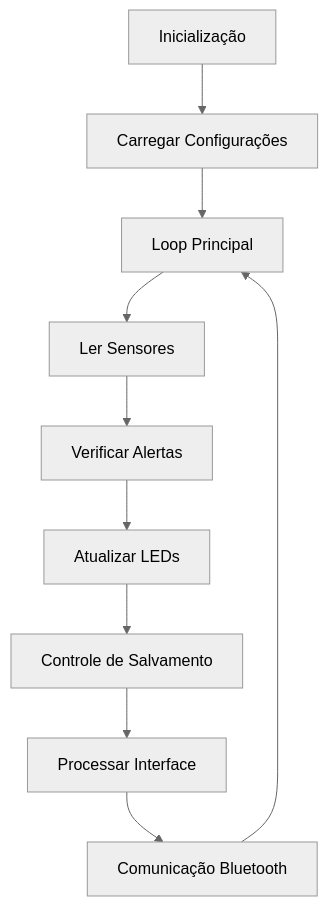
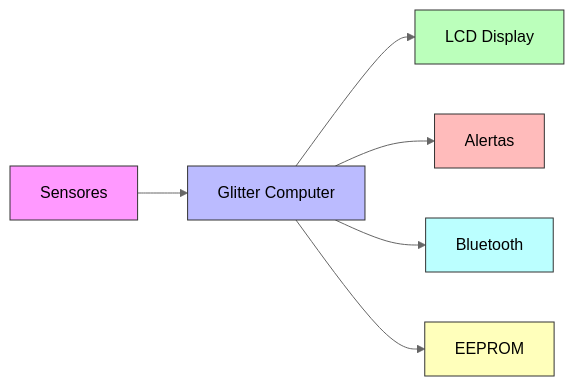
One commit to Joyce-Peres/DataLogger-GlitterComputer changed the first of 3 diagrams in README.md. Above: the diagram before and after it, drawn with Mermaid (neutral theme). The commit also changed other lines of this file, not shown here.

````diff
--- a/README.md
+++ b/README.md
@@ -138,12 +36,15 @@
 ```mermaid
-graph TD
-    A[Inicialização] --> B[Carregar Configurações]
-    B --> C[Loop Principal]
-    C --> D[Ler Sensores]
-    D --> E[Verificar Alertas]
-    E --> F[Atualizar LEDs]
-    F --> G[Controle de Salvamento]
-    G --> H[Processar Interface]
-    H --> I[Comunicação Bluetooth]
-    I --> C
+graph LR
+    A[Sensores] --> B[Glitter Computer]
+    B --> C[LCD Display]
+    B --> D[Alertas]
+    B --> E[Bluetooth]
+    B --> F[EEPROM]
+    
+    style A fill:#f9f,stroke:#333
+    style B fill:#bbf,stroke:#333
+    style C fill:#bfb,stroke:#333
+    style D fill:#fbb,stroke:#333
+    style E fill:#bff,stroke:#333
+    style F fill:#ffb,stroke:#333
 ```
````
